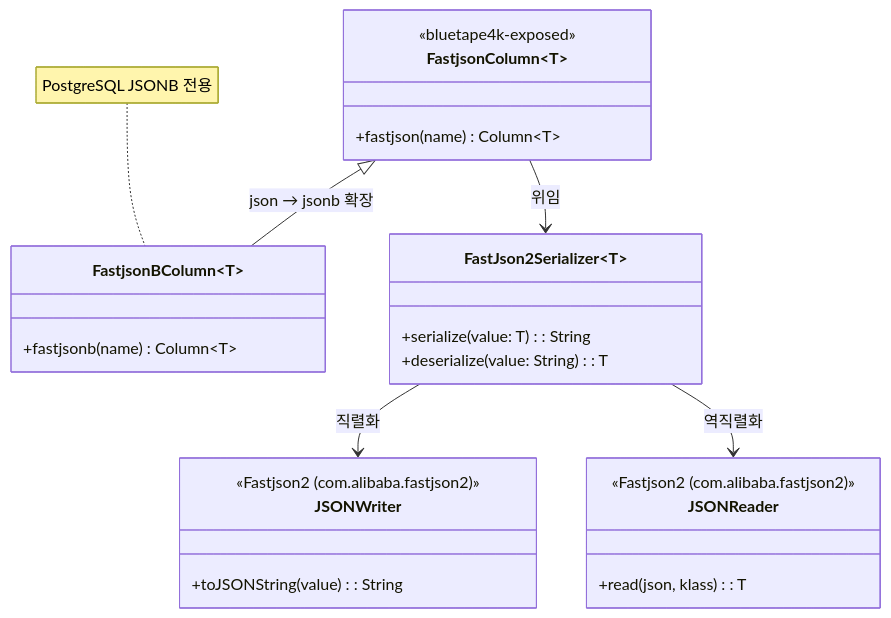
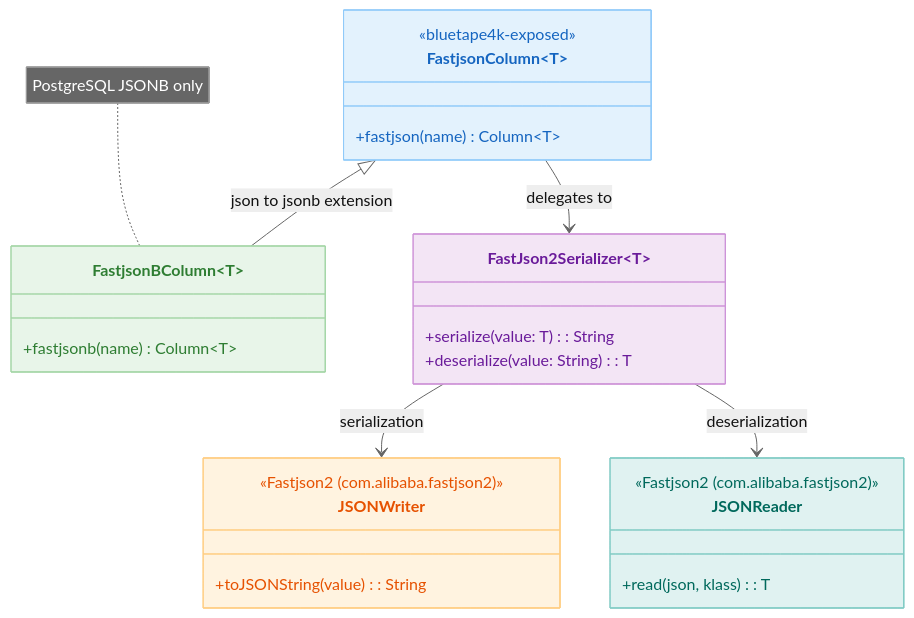
One commit to bluetape4k/exposed-r2dbc-workshop changed the first of 3 diagrams in 06-advanced/09-exposed-r2dbc-fastjson2/README.md. Above: the diagram before and after it, drawn with Mermaid. The commit also changed other lines of this file and 63 other files, not shown here.

First line of the commit message:
docs: 전 모듈 README Mermaid UML 추가 및 영/한 이중화

````diff
--- a/06-advanced/09-exposed-r2dbc-fastjson2/README.md
+++ b/06-advanced/09-exposed-r2dbc-fastjson2/README.md
@@ -39,28 +39,35 @@
 ```mermaid
+%%{init: {"theme": "neutral"}}%%
 classDiagram
     class FastjsonColumn~T~ {
         <<bluetape4k-exposed>>
         +fastjson(name) Column~T~
     }
     class FastjsonBColumn~T~ {
         +fastjsonb(name) Column~T~
     }
-    note for FastjsonBColumn "PostgreSQL JSONB 전용"
+    note for FastjsonBColumn "PostgreSQL JSONB only"
     class FastJson2Serializer~T~ {
         +serialize(value: T): String
         +deserialize(value: String): T
     }
     class JSONWriter {
         <<Fastjson2 (com.alibaba.fastjson2)>>
         +toJSONString(value): String
     }
     class JSONReader {
         <<Fastjson2 (com.alibaba.fastjson2)>>
         +read(json, klass): T
     }
 
-    FastjsonColumn <|-- FastjsonBColumn : json → jsonb 확장
-    FastjsonColumn --> FastJson2Serializer : 위임
-    FastJson2Serializer --> JSONWriter : 직렬화
-    FastJson2Serializer --> JSONReader : 역직렬화
+    FastjsonColumn <|-- FastjsonBColumn : json to jsonb extension
+    FastjsonColumn --> FastJson2Serializer : delegates to
+    FastJson2Serializer --> JSONWriter : serialization
+    FastJson2Serializer --> JSONReader : deserialization
+
+    style FastjsonColumn fill:#E3F2FD,stroke:#90CAF9,color:#1565C0
+    style FastjsonBColumn fill:#E8F5E9,stroke:#A5D6A7,color:#2E7D32
+    style FastJson2Serializer fill:#F3E5F5,stroke:#CE93D8,color:#6A1B9A
+    style JSONWriter fill:#FFF3E0,stroke:#FFCC80,color:#E65100
+    style JSONReader fill:#E0F2F1,stroke:#80CBC4,color:#00695C
 ```
````
